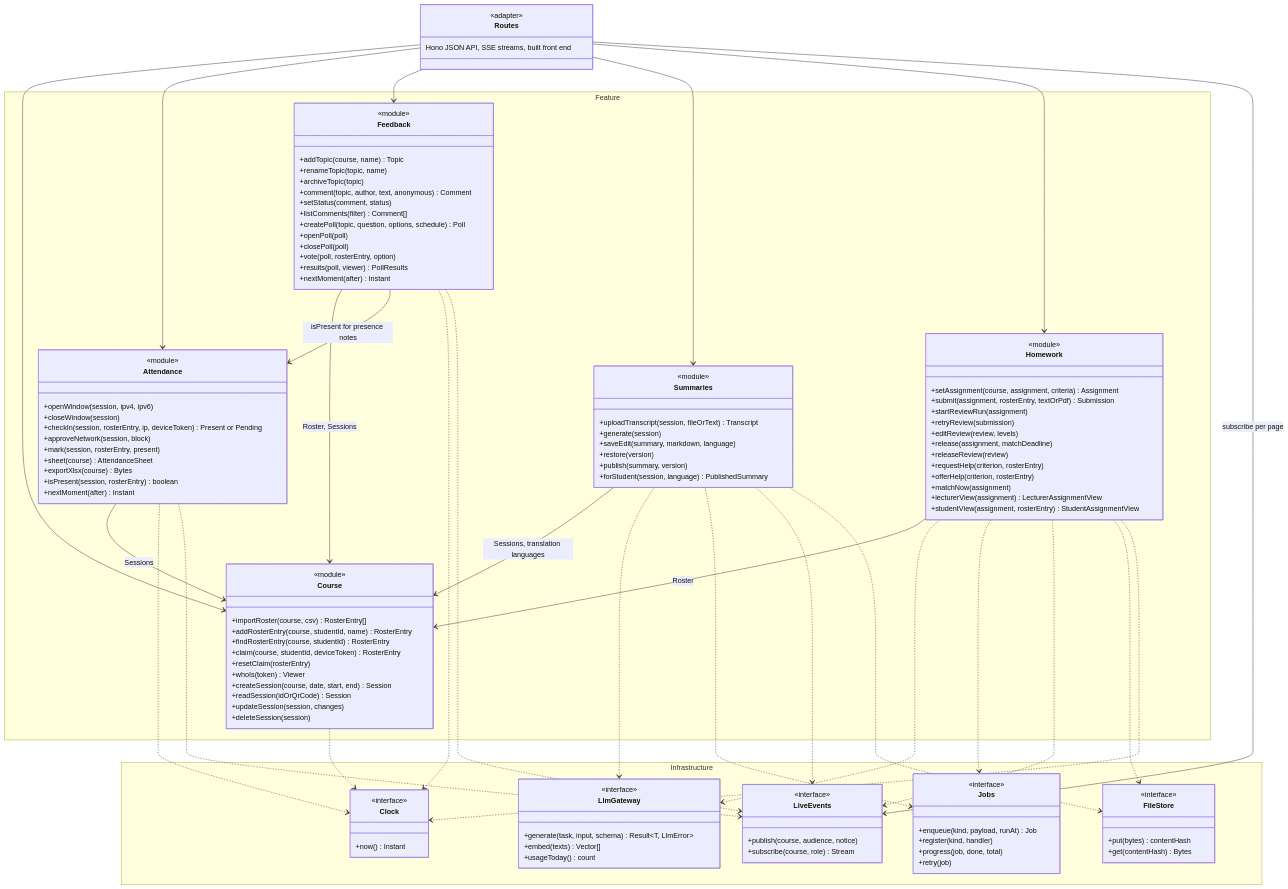
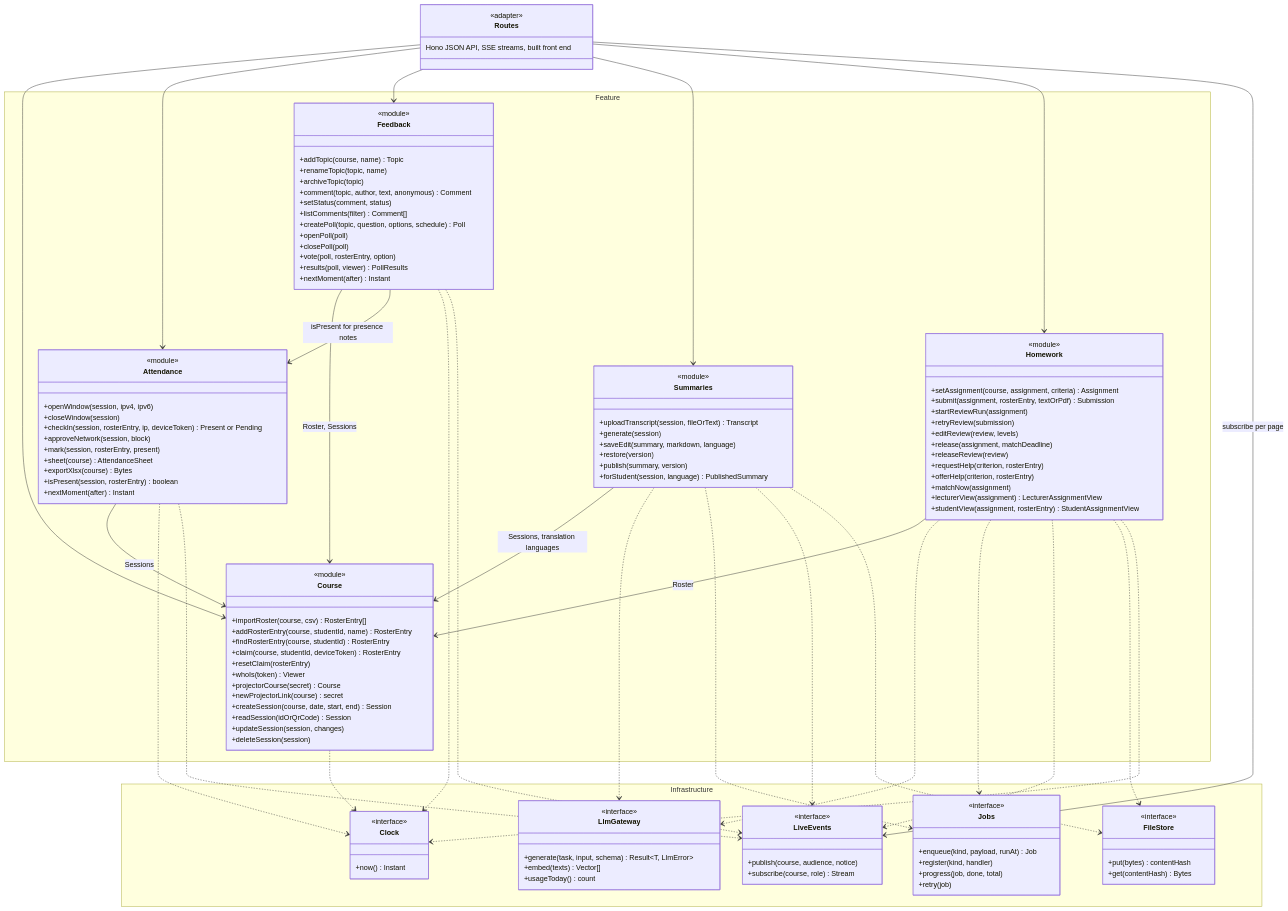
Before and after one commit to ofeq-dev/class-connect: the first of 7 diagrams in docs/diagrams/class-diagram.md, drawn with Mermaid. The commit also changed other lines of this file and 6 other files, not shown here.

First line of the commit message:
Settle doc-set gaps: Session Topics, device ID, untimed Transcripts, projector link, demo date

```diff
--- a/docs/diagrams/class-diagram.md
+++ b/docs/diagrams/class-diagram.md
@@ -26,6 +26,8 @@
       +claim(course, studentId, deviceToken) RosterEntry
       +resetClaim(rosterEntry)
       +whoIs(token) Viewer
+      +projectorCourse(secret) Course
+      +newProjectorLink(course) secret
       +createSession(course, date, start, end) Session
       +readSession(idOrQrCode) Session
       +updateSession(session, changes)
```
